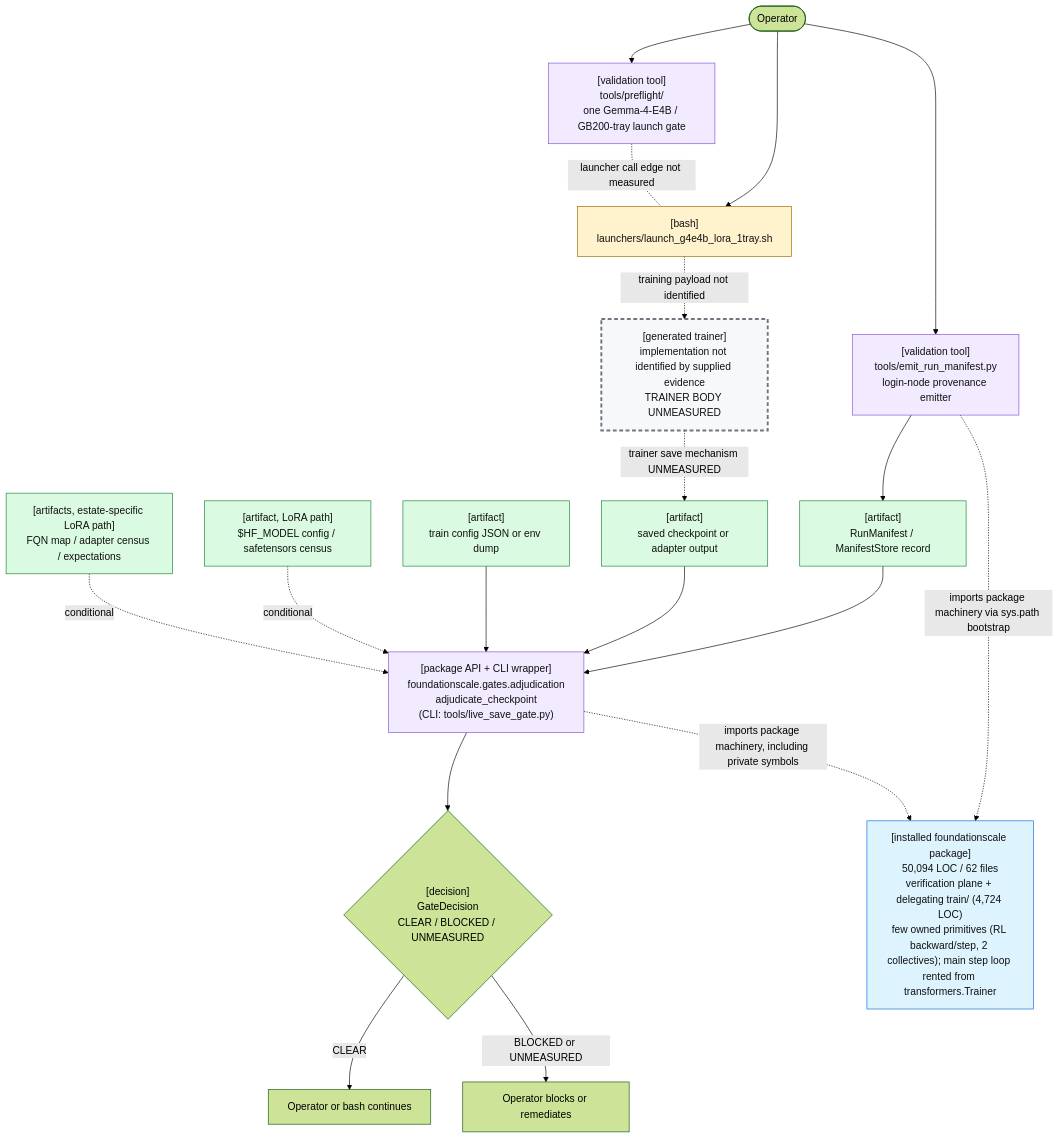
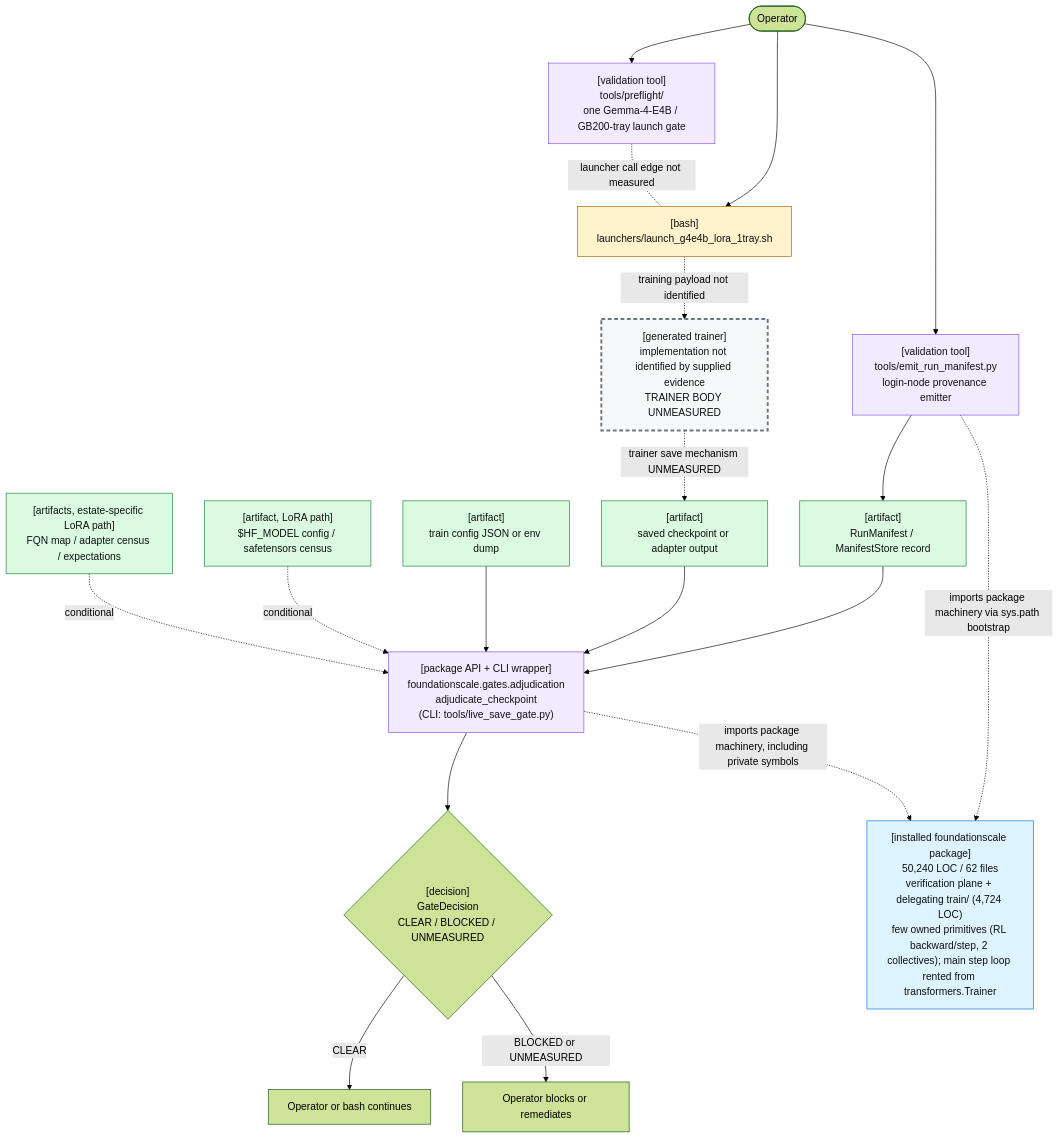
One commit to TranNhiem/FoundationScale changed the first of 2 diagrams in docs/review/D2_current_architecture.md. Above: the diagram before and after it, drawn with Mermaid (forest theme). The commit also changed other lines of this file and 16 other files, not shown here.

````diff
--- a/docs/review/D2_current_architecture.md
+++ b/docs/review/D2_current_architecture.md
@@ -25,59 +25,59 @@
 ```mermaid
 flowchart TB
   O(["Operator"])
 
   PF["[validation tool]<br/>tools/preflight/<br/>one Gemma-4-E4B / GB200-tray launch gate"]
   L["[bash]<br/>launchers/launch_g4e4b_lora_1tray.sh"]
 
   E["[validation tool]<br/>tools/emit_run_manifest.py<br/>login-node provenance emitter"]
   M["[artifact]<br/>RunManifest / ManifestStore record"]
 
   T["[generated trainer]<br/>implementation not identified by supplied evidence<br/>TRAINER BODY UNMEASURED"]
   C["[artifact]<br/>saved checkpoint or adapter output"]
 
   G["[package API + CLI wrapper]<br/>foundationscale.gates.adjudication<br/>adjudicate_checkpoint<br/>(CLI: tools/live_save_gate.py)"]
   CFG["[artifact]<br/>train config JSON or env dump"]
   BASE["[artifact, LoRA path]<br/>$HF_MODEL config / safetensors census"]
   CEN["[artifacts, estate-specific LoRA path]<br/>FQN map / adapter census / expectations"]
 
   D{"[decision]<br/>GateDecision<br/>CLEAR / BLOCKED / UNMEASURED"}
   OK["Operator or bash continues"]
   NO["Operator blocks or remediates"]
 
-  PKG["[installed foundationscale package]<br/>50,094 LOC / 62 files<br/>verification plane + delegating train/ (4,724 LOC)<br/>few owned primitives (RL backward/step, 2 collectives); main step loop rented from transformers.Trainer"]
+  PKG["[installed foundationscale package]<br/>50,240 LOC / 62 files<br/>verification plane + delegating train/ (4,724 LOC)<br/>few owned primitives (RL backward/step, 2 collectives); main step loop rented from transformers.Trainer"]
 
   O --> PF
   O --> L
   PF -. "launcher call edge not measured" .- L
 
   O --> E
   E --> M
 
   L -. "training payload not identified" .-> T
   T -. "trainer save mechanism UNMEASURED" .-> C
 
   M --> G
   C --> G
   CFG --> G
   BASE -. "conditional" .-> G
   CEN -. "conditional" .-> G
 
   E -. "imports package machinery via sys.path bootstrap" .-> PKG
   G -. "imports package machinery, including private symbols" .-> PKG
 
   G --> D
   D -->|"CLEAR"| OK
   D -->|"BLOCKED or UNMEASURED"| NO
 
   classDef bash fill:#fff3cd,stroke:#9a6700,color:#111;
   classDef tool fill:#f2eaff,stroke:#8250df,color:#111;
   classDef artifact fill:#dafbe1,stroke:#1a7f37,color:#111;
   classDef gap fill:#f6f8fa,stroke:#6e7781,stroke-width:3px,stroke-dasharray: 6 4,color:#111;
   classDef pkg fill:#ddf4ff,stroke:#0969da,color:#111;
 
   class L bash;
   class PF,E,G tool;
   class M,C,CFG,BASE,CEN artifact;
   class T gap;
   class PKG pkg;
 ```
````
